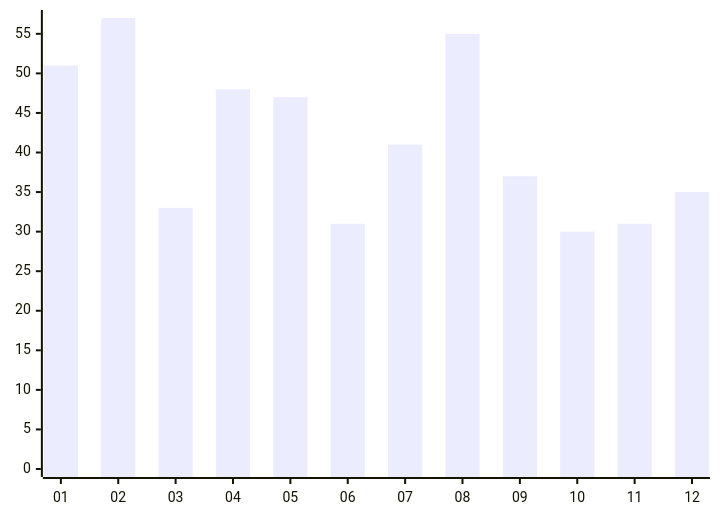
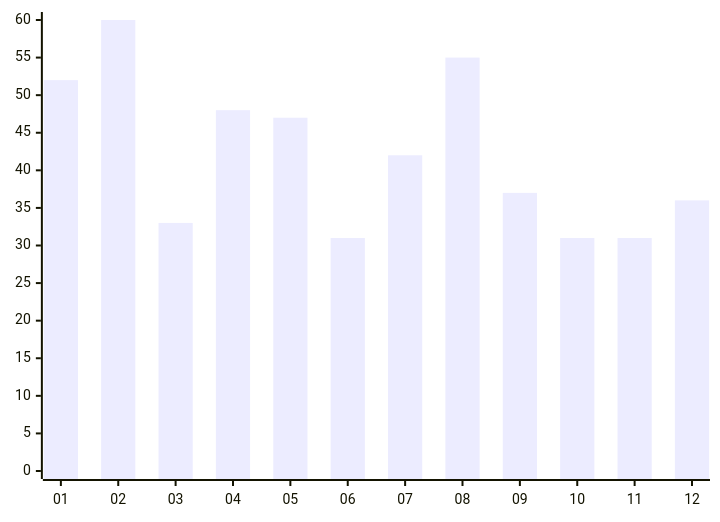
One commit to austrellum/navigator changed the third of 4 diagrams in index.stats.md. Above: the diagram before and after it, drawn with Mermaid. The commit also changed other lines of this file and 9 other files, not shown here.

````diff
--- a/index.stats.md
+++ b/index.stats.md
@@ -29,6 +29,6 @@
 ```mermaid
 xychart-beta
   x-axis ["01","02","03","04","05","06","07","08","09","10","11","12"]
-  y-axis 0 --> 57
-  bar [51,57,33,48,47,31,41,55,37,30,31,35]
+  y-axis 0 --> 60
+  bar [52,60,33,48,47,31,42,55,37,31,31,36]
 ```
````
